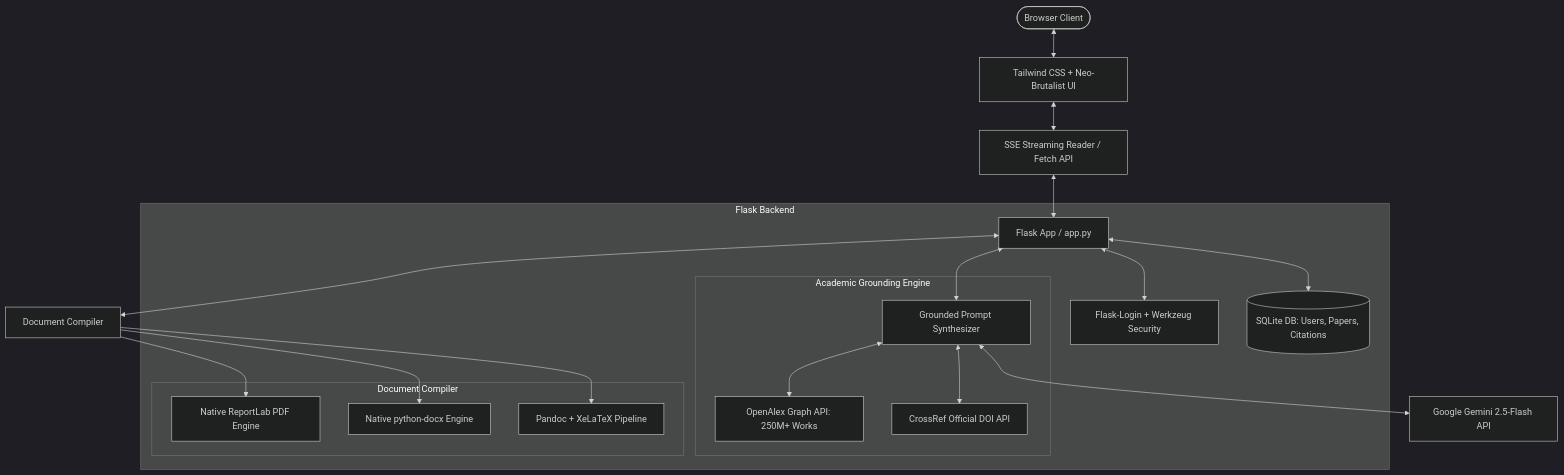
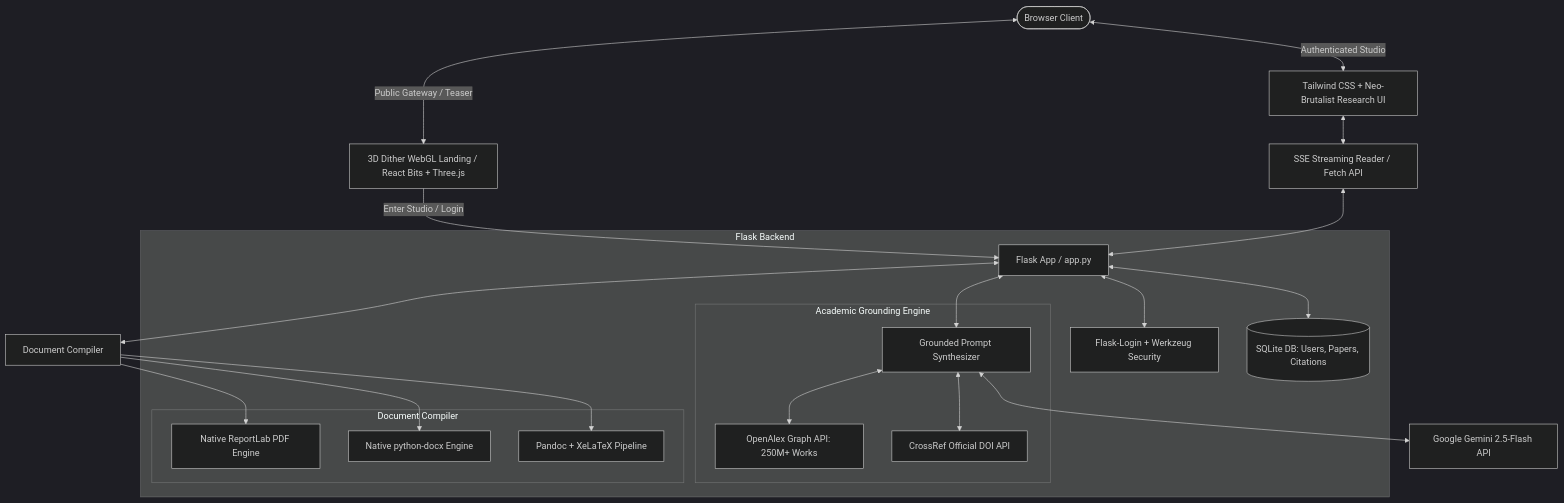
Before and after one commit to Lohith-RC/ScholarForge-AI: the diagram in README.md, drawn with Mermaid (dark theme). The commit also changed other lines of this file and 10 other files, not shown here.

Commit message:
docs & feat: include interactive 3D landing source and document WebGL Dither showcase in README

````diff
--- a/README.md
+++ b/README.md
@@ -50,35 +56,38 @@
 ```mermaid
 graph TD
-    User([Browser Client]) <--> UI[Tailwind CSS + Neo-Brutalist UI]
-    UI <--> SSE[SSE Streaming Reader / Fetch API]
+    User([Browser Client])
+    User <-->|Public Gateway / Teaser| Landing[3D Dither WebGL Landing / React Bits + Three.js]
+    User <-->|Authenticated Studio| Studio[Tailwind CSS + Neo-Brutalist Research UI]
+    Studio <--> SSE[SSE Streaming Reader / Fetch API]
     
     subgraph Flask Backend
         Router[Flask App / app.py]
         Auth[Flask-Login + Werkzeug Security]
         Models[(SQLite DB: Users, Papers, Citations)]
         
         subgraph Academic Grounding Engine
             OpenAlex[OpenAlex Graph API: 250M+ Works]
             CrossRef[CrossRef Official DOI API]
             PromptSynth[Grounded Prompt Synthesizer]
         end
         
         subgraph Document Compiler
             ReportLab[Native ReportLab PDF Engine]
             Docx[Native python-docx Engine]
             Pandoc[Pandoc + XeLaTeX Pipeline]
         end
     end
     
+    Landing -->|Enter Studio / Login| Router
     SSE <--> Router
     Router <--> Auth
     Router <--> Models
     Router <--> PromptSynth
     PromptSynth <--> OpenAlex
     PromptSynth <--> CrossRef
     PromptSynth <--> Gemini[Google Gemini 2.5-Flash API]
     Router <--> DocumentCompiler[Document Compiler]
     DocumentCompiler --> ReportLab
     DocumentCompiler --> Docx
     DocumentCompiler --> Pandoc
 ```
````
